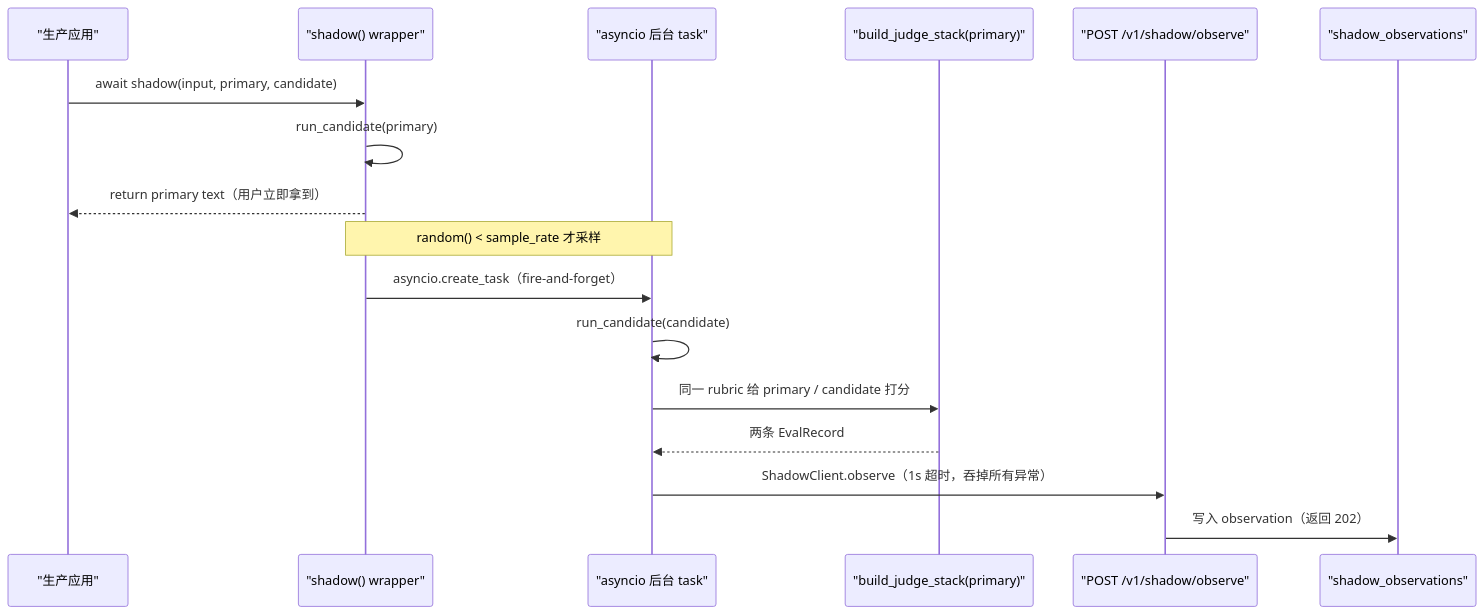
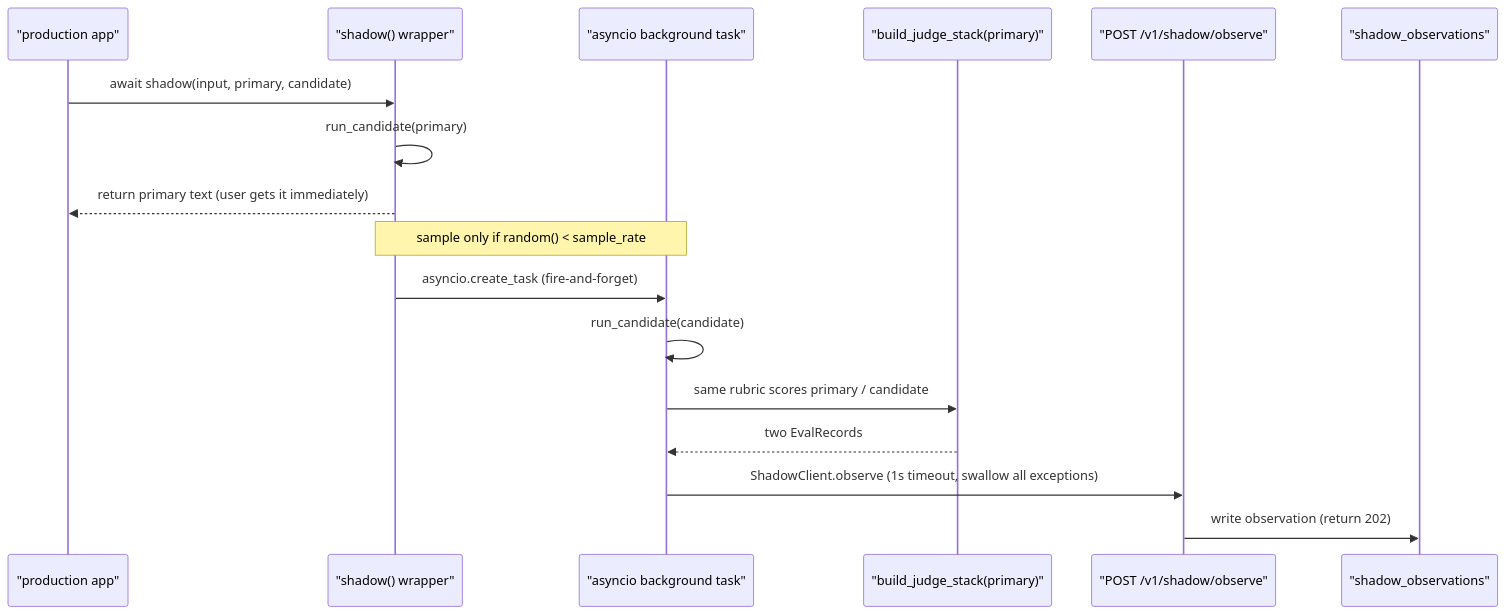
One commit to AndyUneducated/eval-gate changed the first of 2 diagrams in docs/PHASE_13_PLAN.md. Above: the diagram before and after it, drawn with Mermaid. The commit also changed other lines of this file and 22 other files, not shown here.

````diff
--- a/docs/PHASE_13_PLAN.md
+++ b/docs/PHASE_13_PLAN.md
@@ -20,20 +20,20 @@
 ```mermaid
 sequenceDiagram
-  participant App as "生产应用"
+  participant App as "production app"
   participant SH as "shadow() wrapper"
-  participant BG as "asyncio 后台 task"
+  participant BG as "asyncio background task"
   participant J as "build_judge_stack(primary)"
   participant API as "POST /v1/shadow/observe"
   participant DB as "shadow_observations"
 
   App->>SH: await shadow(input, primary, candidate)
   SH->>SH: run_candidate(primary)
-  SH-->>App: return primary text（用户立即拿到）
-  Note over SH,BG: random() < sample_rate 才采样
-  SH->>BG: asyncio.create_task（fire-and-forget）
+  SH-->>App: return primary text (user gets it immediately)
+  Note over SH,BG: sample only if random() < sample_rate
+  SH->>BG: asyncio.create_task (fire-and-forget)
   BG->>BG: run_candidate(candidate)
-  BG->>J: 同一 rubric 给 primary / candidate 打分
-  J-->>BG: 两条 EvalRecord
-  BG->>API: ShadowClient.observe（1s 超时，吞掉所有异常）
-  API->>DB: 写入 observation（返回 202）
+  BG->>J: same rubric scores primary / candidate
+  J-->>BG: two EvalRecords
+  BG->>API: ShadowClient.observe (1s timeout, swallow all exceptions)
+  API->>DB: write observation (return 202)
 ```
````
